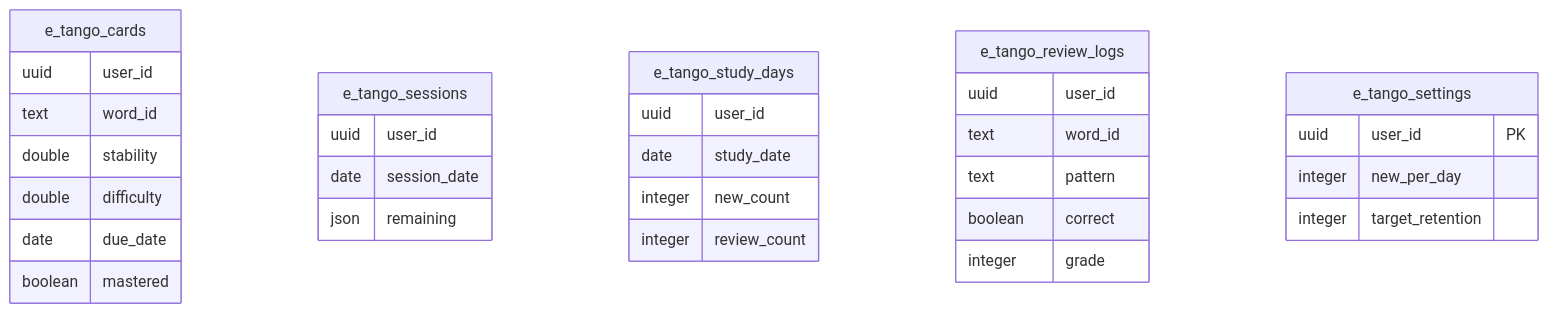
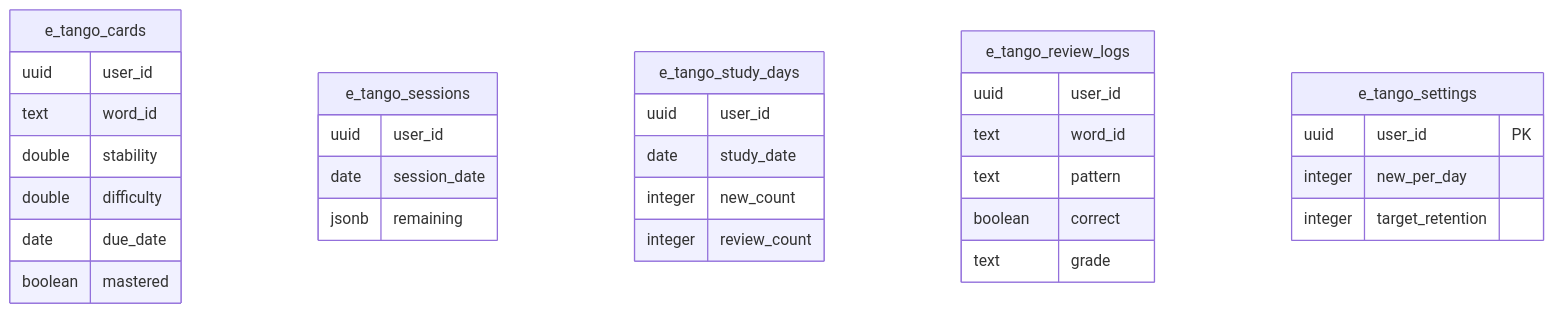
The fourth of 4 diagrams in specs/e-tango/architecture.md (zakiyama0108/benriyatool), drawn with Mermaid before and after one commit. The commit also changed other lines of this file and 2 other files, not shown here.

Commit message:
resolve(e-tango): 仕様レビュー指摘(2回目)への対応
architecture.mdの機能一覧表・ER図をuser-auth/progress-storeの各requirements・design.mdと整合させ、study-settings.mdのUI記述をステッパーのみに揃え、study-session/tasks.mdにヒント表示・音声多重再生防止の🔴Redテストケースを明示する。

````diff
--- a/specs/e-tango/architecture.md
+++ b/specs/e-tango/architecture.md
@@ -131,34 +131,34 @@
 ```mermaid
 erDiagram
     e_tango_cards {
         uuid user_id
         text word_id
         double stability
         double difficulty
         date due_date
         boolean mastered
     }
     e_tango_sessions {
         uuid user_id
         date session_date
-        json remaining
+        jsonb remaining
     }
     e_tango_study_days {
         uuid user_id
         date study_date
         integer new_count
         integer review_count
     }
     e_tango_review_logs {
         uuid user_id
         text word_id
         text pattern
         boolean correct
-        integer grade
+        text grade
     }
     e_tango_settings {
         uuid user_id PK
         integer new_per_day
         integer target_retention
     }
 ```
````
